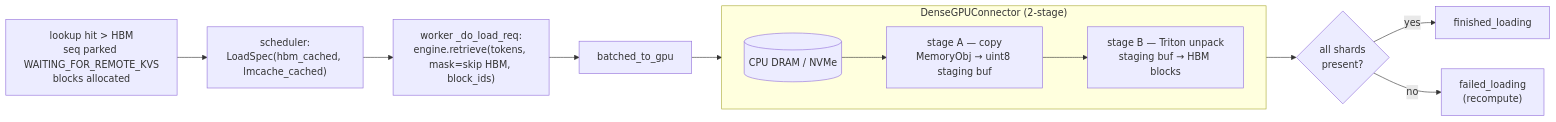
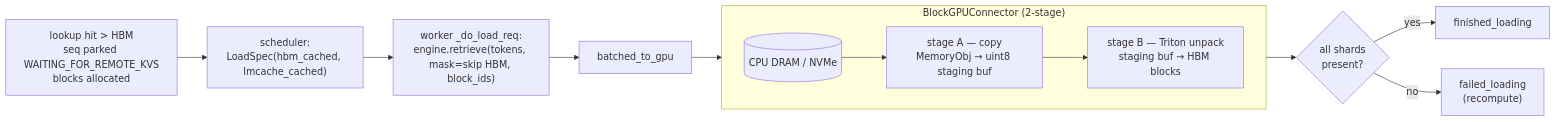
One commit to ROCm/ATOM changed the third of 4 diagrams in atom/kv_transfer/offload/README.md. Above: the diagram before and after it, drawn with Mermaid. The commit also changed other lines of this file and 34 other files, not shown here.

````diff
--- a/atom/kv_transfer/offload/README.md
+++ b/atom/kv_transfer/offload/README.md
@@ -343,15 +336,15 @@
 ```mermaid
 flowchart LR
     A["lookup hit &gt; HBM<br/>seq parked WAITING_FOR_REMOTE_KVS<br/>blocks allocated"] --> B["scheduler:<br/>LoadSpec(hbm_cached, lmcache_cached)"]
     B --> C["worker _do_load_req:<br/>engine.retrieve(tokens, mask=skip HBM, block_ids)"]
     C --> D["batched_to_gpu"]
-    subgraph PIPE_L["DenseGPUConnector (2-stage)"]
+    subgraph PIPE_L["BlockGPUConnector (2-stage)"]
         direction LR
         S[("CPU DRAM / NVMe")] --> E["stage A — copy<br/>MemoryObj → uint8 staging buf"]
         E --> F["stage B — Triton unpack<br/>staging buf → HBM blocks"]
     end
     D --> E
     F --> G{"all shards<br/>present?"}
     G -- yes --> H["finished_loading"]
     G -- no --> I["failed_loading<br/>(recompute)"]
 ```
````
